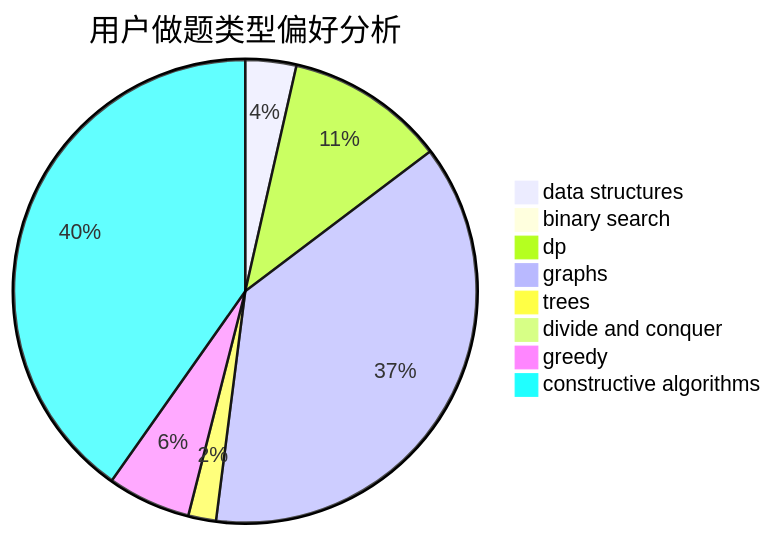
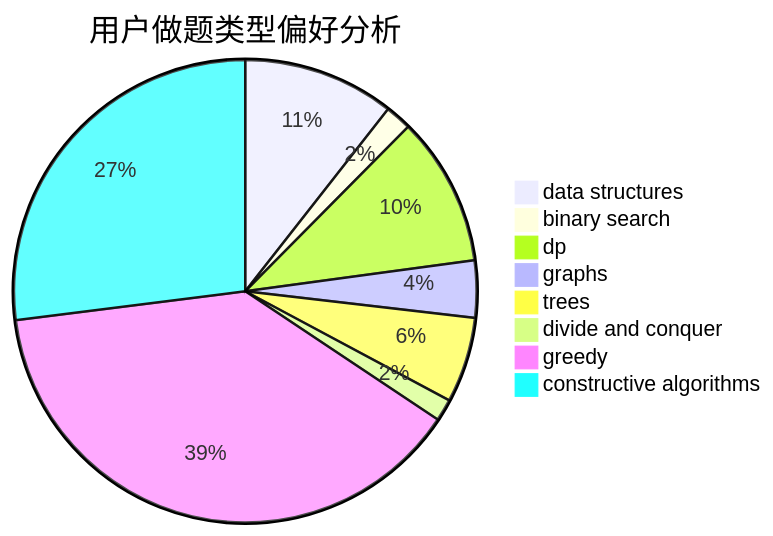
One commit to sherpahu/cfrs.github.io changed the second of 3 diagrams in docs/user/u1646.md. Above: the diagram before and after it, drawn with Mermaid. The commit also changed other lines of this file and 2770 other files, not shown here.

````diff
--- a/docs/user/u1646.md
+++ b/docs/user/u1646.md
@@ -23,11 +23,11 @@
 ```mermaid
 pie title 用户做题类型偏好分析
-    "data structures" :  22
-    "binary search" :  4
-    "dp" :  69
-    "graphs" :  231
-    "trees" :  12
-    "divide and conquer" :  0
-    "greedy" :  36
-    "constructive algorithms" :  249
+    "data structures" :  69
+    "binary search" :  12
+    "dp" :  68
+    "graphs" :  26
+    "trees" :  39
+    "divide and conquer" :  10
+    "greedy" :  252
+    "constructive algorithms" :  176
 ```
````
